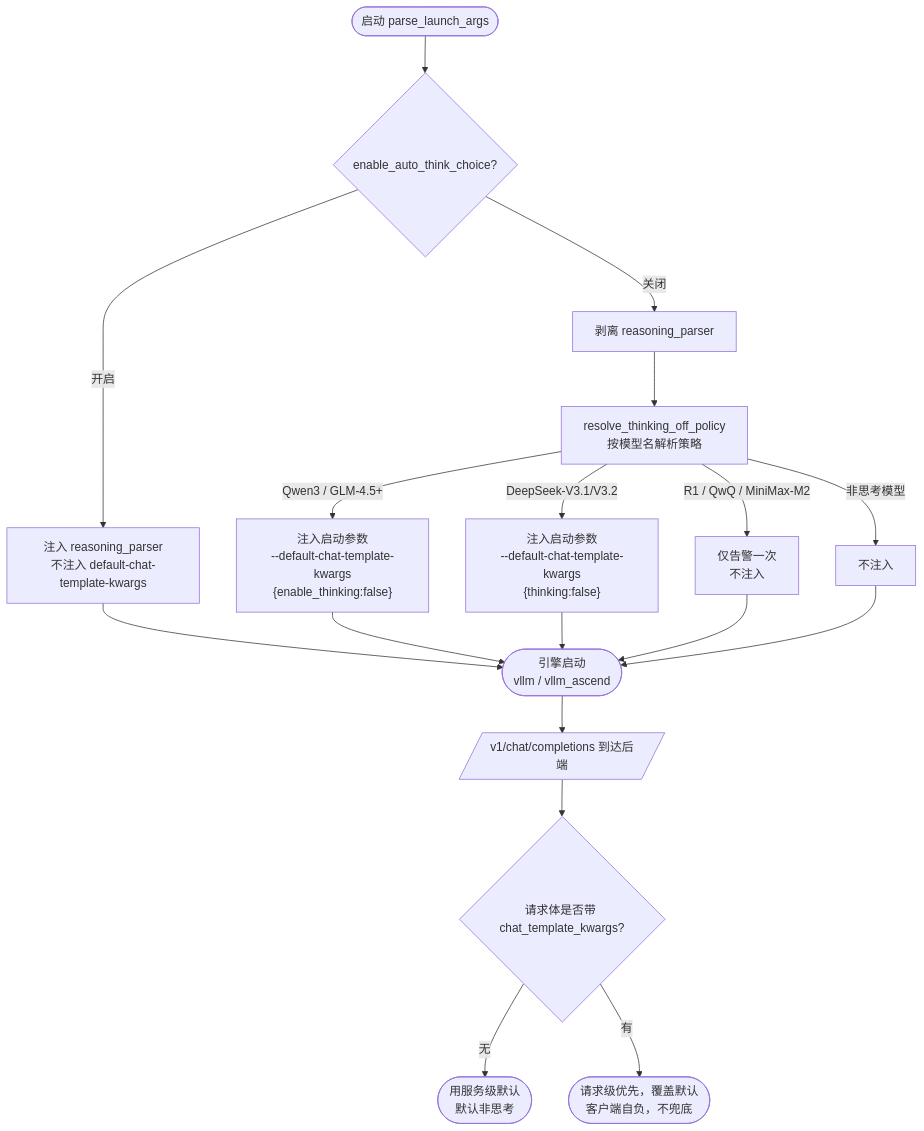
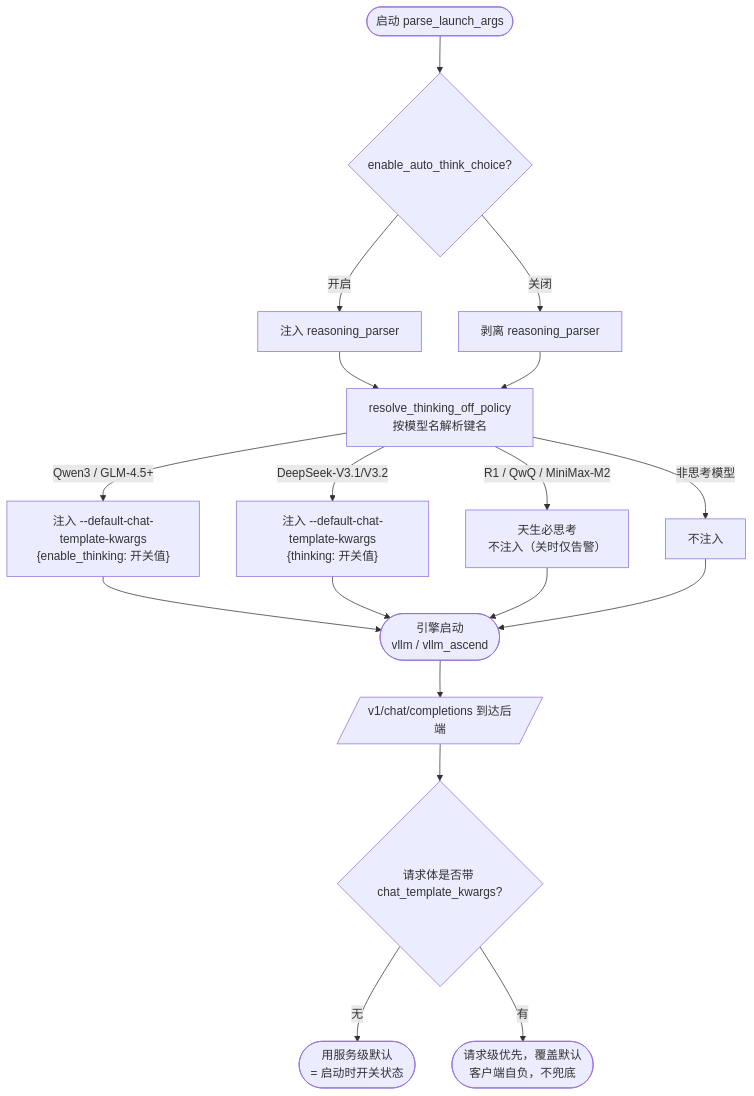
One commit to thegodloy-jpg/wings-control changed the diagram in xuqiu/reasoning_thinking_switch.md. Above: the diagram before and after it, drawn with Mermaid. The commit also changed other lines of this file and 9 other files, not shown here.

First line of the commit message:
feat: symmetric --enable-auto-think-choice + wings_start wiring + sglang/mindie reasoning guard

````diff
--- a/xuqiu/reasoning_thinking_switch.md
+++ b/xuqiu/reasoning_thinking_switch.md
@@ -26,22 +26,22 @@
 ```mermaid
 flowchart TD
     A([启动 parse_launch_args]) --> B{enable_auto_think_choice?}
-    B -->|开启| C[注入 reasoning_parser<br/>不注入 default-chat-template-kwargs]
+    B -->|开启| C[注入 reasoning_parser]
     B -->|关闭| D[剥离 reasoning_parser]
-    D --> E[resolve_thinking_off_policy<br/>按模型名解析策略]
-    E -->|Qwen3 / GLM-4.5+| F["注入启动参数<br/>--default-chat-template-kwargs<br/>{enable_thinking:false}"]
-    E -->|DeepSeek-V3.1/V3.2| G["注入启动参数<br/>--default-chat-template-kwargs<br/>{thinking:false}"]
-    E -->|R1 / QwQ / MiniMax-M2| H[仅告警一次<br/>不注入]
+    C --> E
+    D --> E[resolve_thinking_off_policy<br/>按模型名解析键名]
+    E -->|Qwen3 / GLM-4.5+| F["注入 --default-chat-template-kwargs<br/>{enable_thinking: 开关值}"]
+    E -->|DeepSeek-V3.1/V3.2| G["注入 --default-chat-template-kwargs<br/>{thinking: 开关值}"]
+    E -->|R1 / QwQ / MiniMax-M2| H[天生必思考<br/>不注入（关时仅告警）]
     E -->|非思考模型| I[不注入]
 
-    C --> P([引擎启动<br/>vllm / vllm_ascend])
-    F --> P
+    F --> P([引擎启动<br/>vllm / vllm_ascend])
     G --> P
     H --> P
     I --> P
 
     P --> Q[/v1/chat/completions 到达后端/]
     Q --> R{请求体是否带 chat_template_kwargs?}
-    R -->|无| Y([用服务级默认<br/>默认非思考])
+    R -->|无| Y([用服务级默认<br/>= 启动时开关状态])
     R -->|有| Z([请求级优先，覆盖默认<br/>客户端自负，不兜底])
 ```
````
